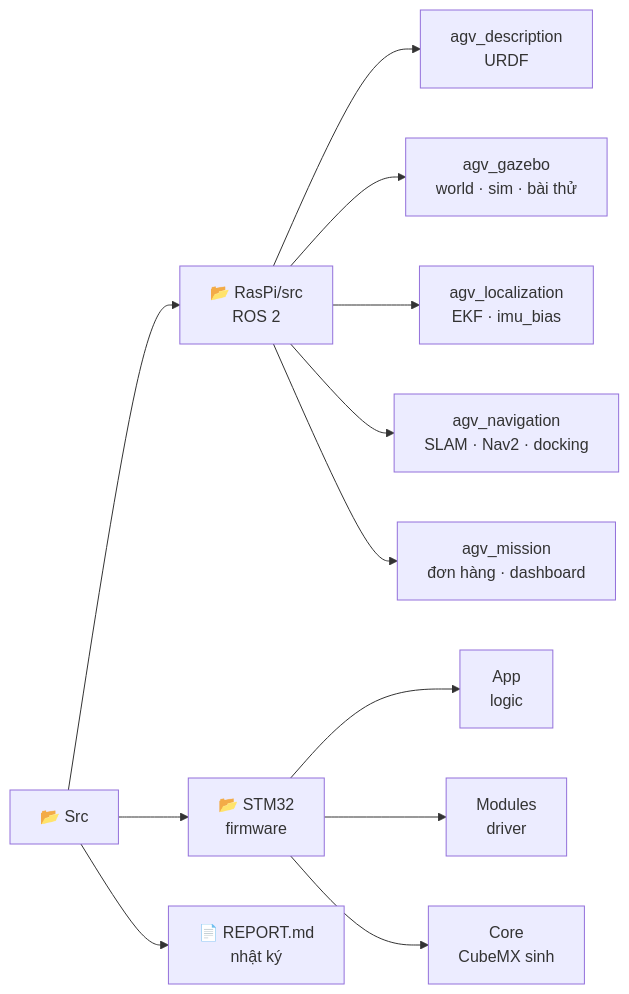
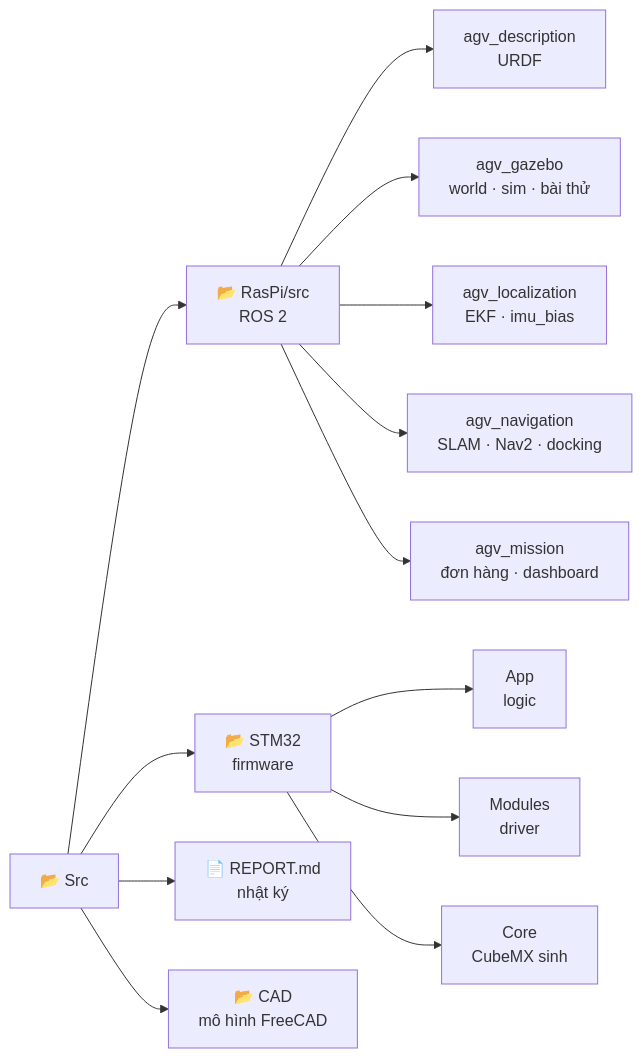
One commit to VQ-Vinh/DA2-Robot-AGV changed the eighth of 8 diagrams in README.md. Above: the diagram before and after it, drawn with Mermaid. The commit also changed 1 other file, not shown here.

Commit message:
docs: update progress report for FreeCAD model

````diff
--- a/README.md
+++ b/README.md
@@ -207,14 +207,15 @@
 ```mermaid
 flowchart LR
     R["📂 Src"] --> RP["📂 RasPi/src<br/>ROS 2"]
     R --> ST["📂 STM32<br/>firmware"]
     R --> RE["📄 REPORT.md<br/>nhật ký"]
+    R --> CA["📂 CAD<br/>mô hình FreeCAD"]
     RP --> D["agv_description<br/>URDF"]
     RP --> G["agv_gazebo<br/>world · sim · bài thử"]
     RP --> L["agv_localization<br/>EKF · imu_bias"]
     RP --> NV["agv_navigation<br/>SLAM · Nav2 · docking"]
     RP --> M["agv_mission<br/>đơn hàng · dashboard"]
     ST --> APP["App<br/>logic"]
     ST --> MOD["Modules<br/>driver"]
     ST --> CORE["Core<br/>CubeMX sinh"]
 ```
````
